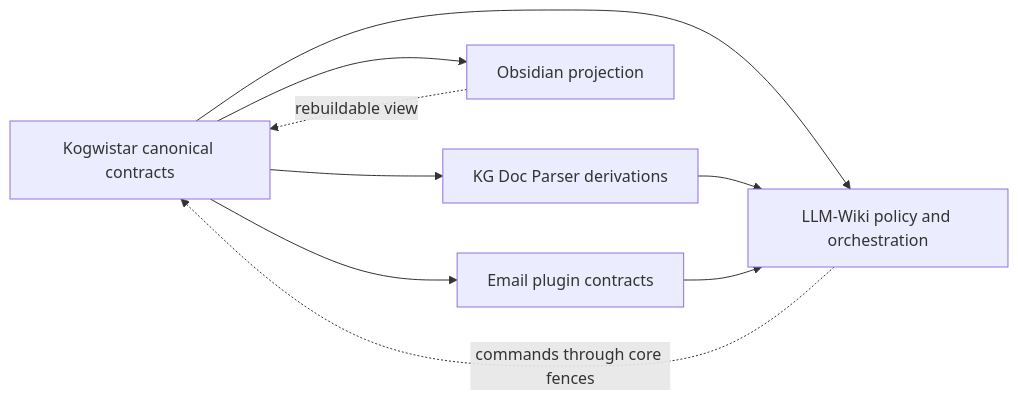
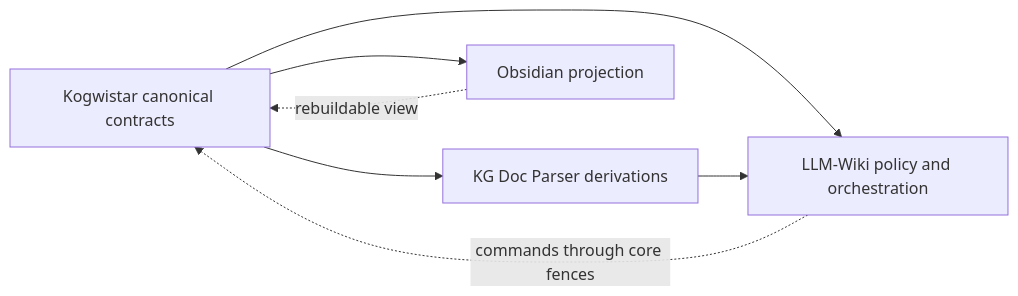
One commit to humblemat810/kogwistar-llm-wiki changed the diagram in doc/repo_boundary_and_contract_catalog.md. Above: the diagram before and after it, drawn with Mermaid. The commit also changed other lines of this file and 6 other files, not shown here.

````diff
--- a/doc/repo_boundary_and_contract_catalog.md
+++ b/doc/repo_boundary_and_contract_catalog.md
@@ -37,11 +36,9 @@
 ```mermaid
 flowchart LR
     CORE[Kogwistar canonical contracts] --> PARSER[KG Doc Parser derivations]
     CORE --> SINK[Obsidian projection]
-    CORE --> EMAIL[Email plugin contracts]
     CORE --> APP[LLM-Wiki policy and orchestration]
     PARSER --> APP
-    EMAIL --> APP
     SINK -. rebuildable view .-> CORE
     APP -. commands through core fences .-> CORE
 ```
````
